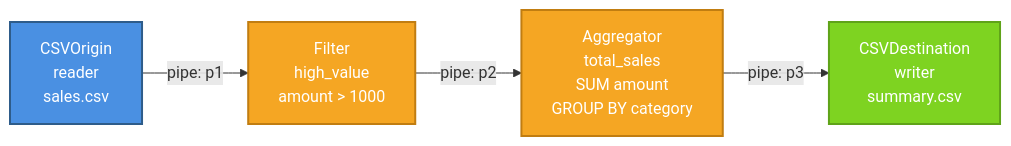
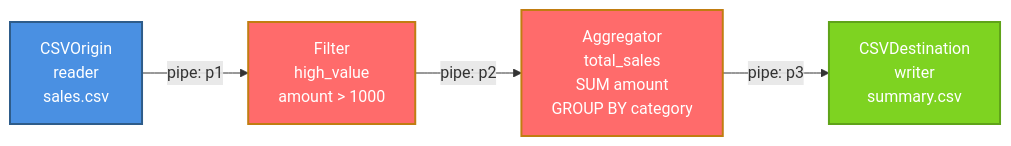
One commit to bernardo-colorado-dubois/open-stage changed the second of 4 diagrams in README.md. Above: the diagram before and after it, drawn with Mermaid.

Commit message:
agregando diagramas en ejemplos de markdown

````diff
--- a/README.md
+++ b/README.md
@@ -226,15 +226,15 @@
 ```mermaid
 graph LR
     A[CSVOrigin<br/>reader<br/>sales.csv] -->|pipe: p1| B[Filter<br/>high_value<br/>amount > 1000]
     B -->|pipe: p2| C[Aggregator<br/>total_sales<br/>SUM amount<br/>GROUP BY category]
     C -->|pipe: p3| D[CSVDestination<br/>writer<br/>summary.csv]
     
     style A fill:#4A90E2,stroke:#2E5C8A,stroke-width:2px,color:#fff
-    style B fill:#F5A623,stroke:#C17D11,stroke-width:2px,color:#fff
-    style C fill:#F5A623,stroke:#C17D11,stroke-width:2px,color:#fff
+    style B fill:#FF6B6B,stroke:#C17D11,stroke-width:2px,color:#fff
+    style C fill:#FF6B6B,stroke:#C17D11,stroke-width:2px,color:#fff
     style D fill:#7ED321,stroke:#5FA319,stroke-width:2px,color:#fff
     
     classDef origin fill:#4A90E2,stroke:#2E5C8A,stroke-width:2px,color:#fff
-    classDef transformer fill:#F5A623,stroke:#C17D11,stroke-width:2px,color:#fff
+    classDef transformer fill:#FF6B6B,stroke:#C17D11,stroke-width:2px,color:#fff
     classDef destination fill:#7ED321,stroke:#5FA319,stroke-width:2px,color:#fff
 ```
````
